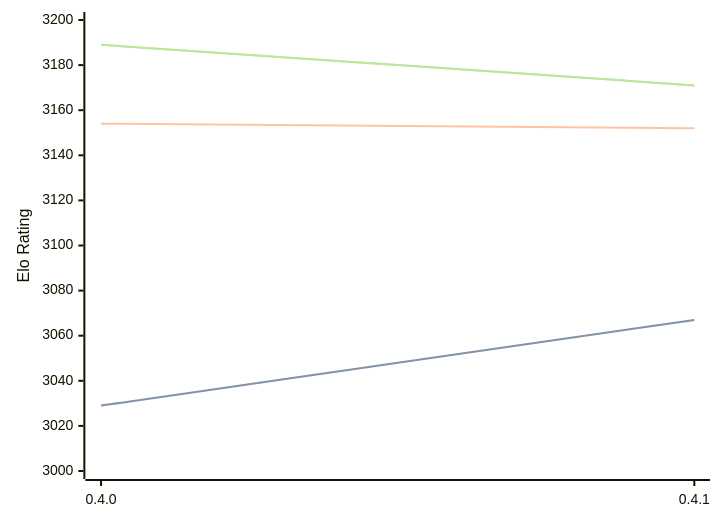
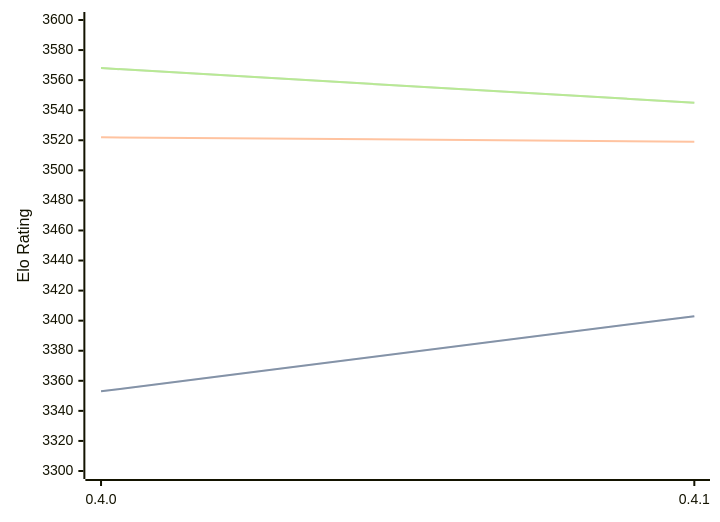
One commit to computer-chess-index/cci changed the diagram in engines/Cinder.md. Above: the diagram before and after it, drawn with Mermaid. The commit also changed other lines of this file, not shown here.

Commit message:
Update CCI Ratings (ELO VLTC) - 2026-02-24

````diff
--- a/engines/Cinder.md
+++ b/engines/Cinder.md
@@ -37,11 +38,11 @@
 ```mermaid
 %%{init: {"theme":"base","themeVariables":{"seriesColors:['#a3a3a3','#222221','#faa371']}}}%%
 xychart-beta
   x-axis ["0.4.0", "0.4.1"]
-  y-axis "Elo Rating" 3000 --> 3200
-  line "STC (8.0+0.08s)" [3029, 3067]
-  line "STC (8.0+0.08s)" [3029, 3067]
-  line "LTC (60.0+0.60s)" [3154, 3152]
-  line "VLTC (2m24s+1.12s)" [3189, 3171]
-  line "VLTC (2m24s+1.12s)" [3189, 3171]
+  y-axis "Elo Rating" 3300 --> 3600
+  line "STC (8.0+0.08s)" [3353, 3403]
+  line "STC (8.0+0.08s)" [3353, 3403]
+  line "LTC (60.0+0.60s)" [3522, 3519]
+  line "VLTC (2m24s+1.12s)" [3568, 3545]
+  line "VLTC (2m24s+1.12s)" [3568, 3545]
 ```
````
